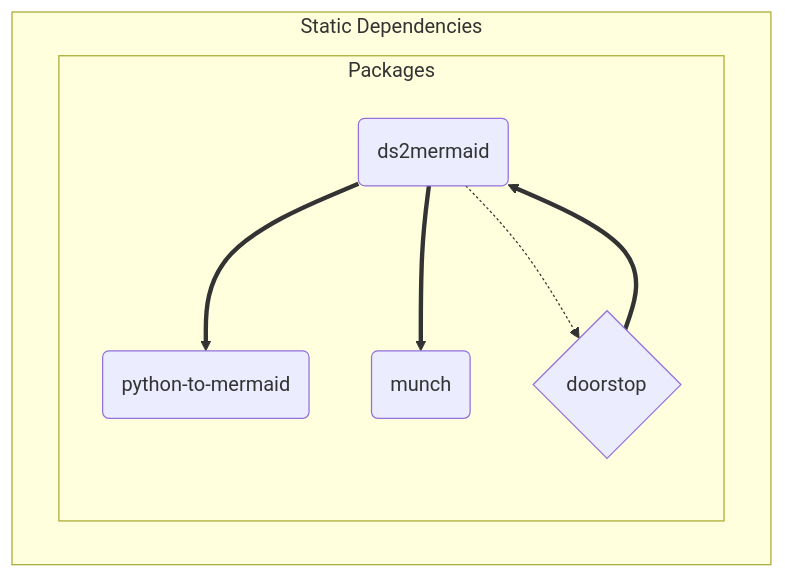
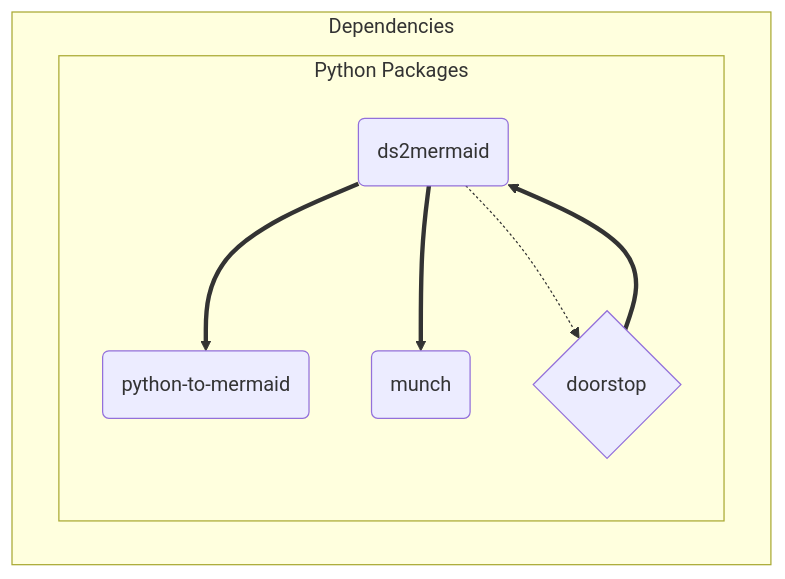
Before and after one commit to sarnold/doorstop-to-mermaid: the diagram in docs/swd/SDD001.md, drawn with Mermaid. The commit also changed other lines of this file and 9 other files, not shown here.

Commit message:
chg: doc: revert graph so we can render it again, cleanup deps and docs

````diff
--- a/docs/swd/SDD001.md
+++ b/docs/swd/SDD001.md
@@ -41,14 +35,14 @@
 ```mermaid
-graph TB
-  subgraph id1[Static Dependencies]
-    subgraph id2[Packages]
-      A(ds2mermaid)
-      B(python-to-mermaid)
-      C(munch)
-      D{doorstop}
+  graph TB
+    subgraph id1[Dependencies]
+      subgraph id2[Python Packages]
+        A(ds2mermaid)
+        B(python-to-mermaid)
+        C(munch)
+        D{doorstop}
+      end
     end
-  end
-  A ==> B & C
-  D ==> A
-  A -.-> D
+    A ==> B & C
+    D ==> A
+    A -.-> D
 ```
````
